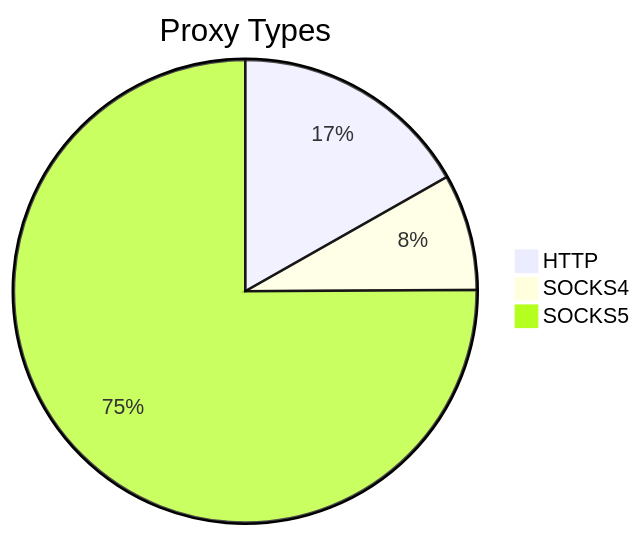
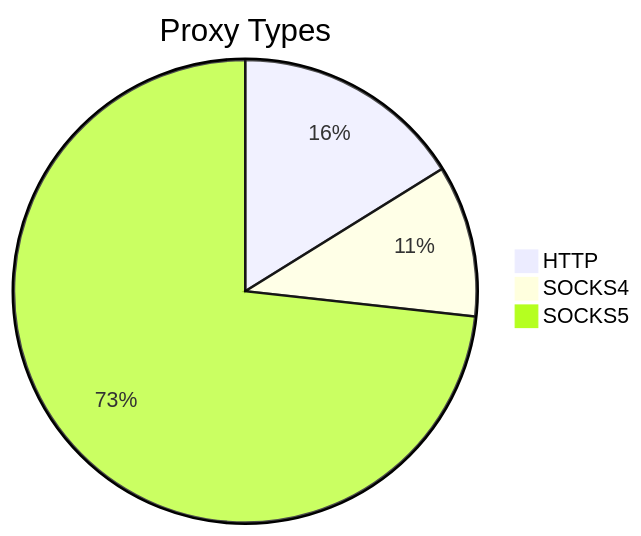
The first of 2 diagrams in README.md (stormsia/proxy-list), drawn with Mermaid before and after one commit. The commit also changed other lines of this file, not shown here.

````diff
--- a/README.md
+++ b/README.md
@@ -21,6 +21,6 @@
 ```mermaid
 pie title Proxy Types
-    "HTTP" : 89
-    "SOCKS4" : 43
-    "SOCKS5" : 398
+    "HTTP" : 67
+    "SOCKS4" : 44
+    "SOCKS5" : 304
 ```
````
